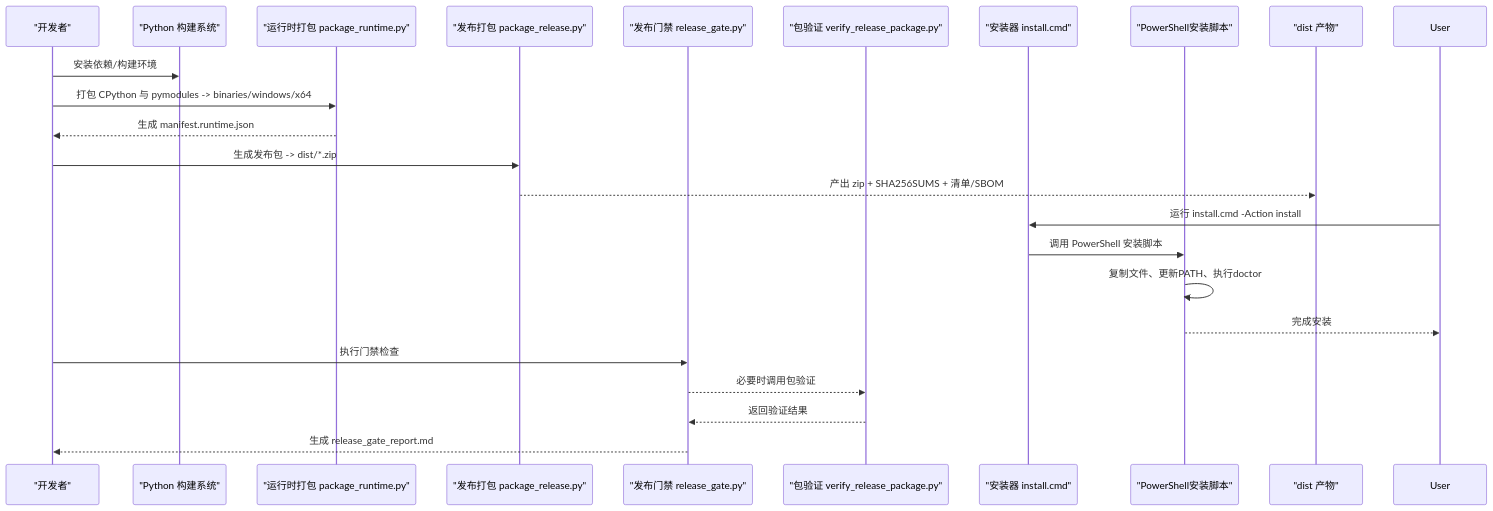
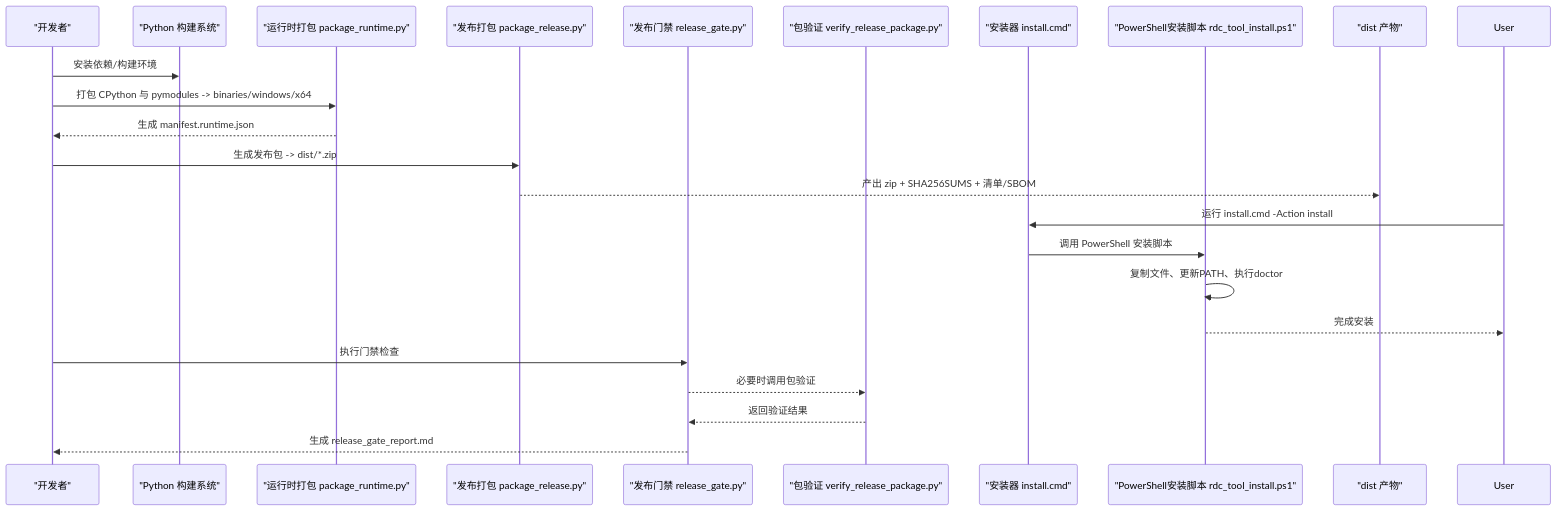
One commit to haolange/RDC-Tool changed the second of 7 diagrams in .qoder/repowiki/zh/content/部署和发布/部署和发布.md. Above: the diagram before and after it, drawn with Mermaid. The commit also changed other lines of this file and 80 other files, not shown here.

````diff
--- a/.qoder/repowiki/zh/content/部署和发布/部署和发布.md
+++ b/.qoder/repowiki/zh/content/部署和发布/部署和发布.md
@@ -131,25 +131,25 @@
 ```mermaid
 sequenceDiagram
 participant Dev as "开发者"
 participant PR as "Python 构建系统"
 participant RT as "运行时打包 package_runtime.py"
 participant PKG as "发布打包 package_release.py"
 participant GATE as "发布门禁 release_gate.py"
 participant VRF as "包验证 verify_release_package.py"
 participant INST as "安装器 install.cmd"
-participant PS as "PowerShell安装脚本"
+participant PS as "PowerShell安装脚本 rdc_tool_install.ps1"
 participant OUT as "dist 产物"
 Dev->>PR : 安装依赖/构建环境
 Dev->>RT : 打包 CPython 与 pymodules -> binaries/windows/x64
 RT-->>Dev : 生成 manifest.runtime.json
 Dev->>PKG : 生成发布包 -> dist/*.zip
 PKG-->>OUT : 产出 zip + SHA256SUMS + 清单/SBOM
 User->>INST : 运行 install.cmd -Action install
 INST->>PS : 调用 PowerShell 安装脚本
 PS->>PS : 复制文件、更新PATH、执行doctor
 PS-->>User : 完成安装
 Dev->>GATE : 执行门禁检查
 GATE-->>VRF : 必要时调用包验证
 VRF-->>GATE : 返回验证结果
 GATE-->>Dev : 生成 release_gate_report.md
 ```
````
